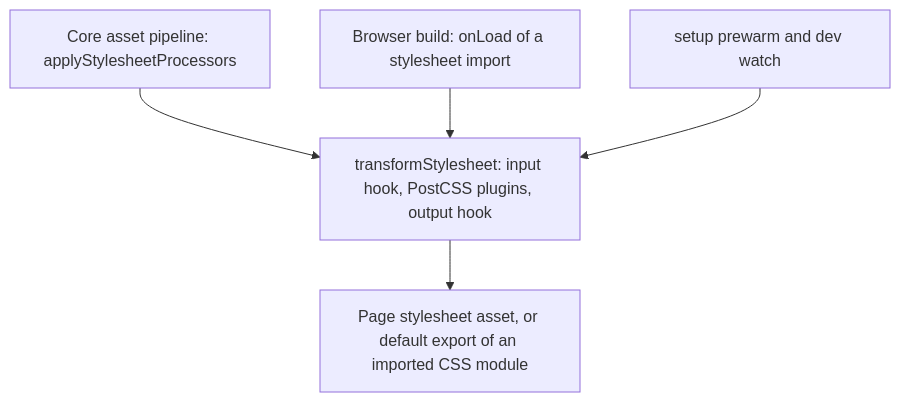
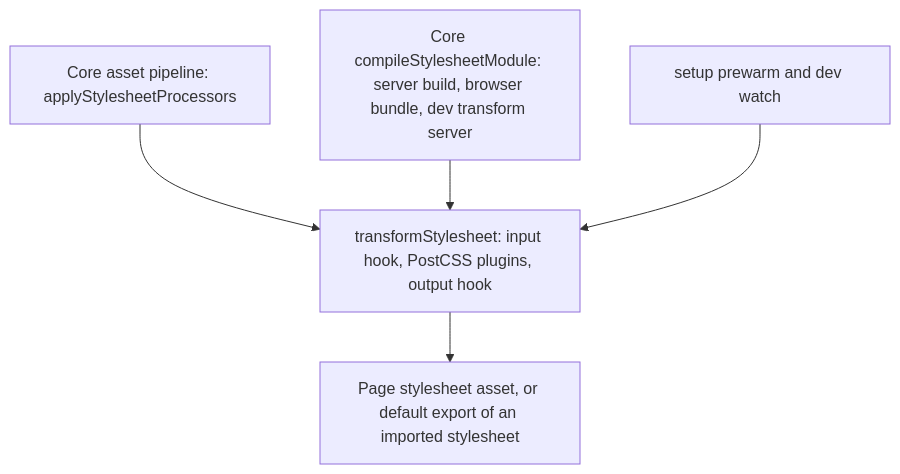
Before and after one commit to ecopages/ecopages: the diagram in apps/docs/src/content/dev/postcss-processor.mdx, drawn with Mermaid. The commit also changed other lines of this file and 27 other files, not shown here.

First line of the commit message:
docs: describe the one stylesheet import contract and exact CSS HMR

````diff
--- a/apps/docs/src/content/dev/postcss-processor.mdx
+++ b/apps/docs/src/content/dev/postcss-processor.mdx
@@ -29,8 +28,8 @@
 ```mermaid
 flowchart TD
   T["transformStylesheet: input hook, PostCSS plugins, output hook"]
   A["Core asset pipeline: applyStylesheetProcessors"] --> T
-  B["Browser build: onLoad of a stylesheet import"] --> T
+  B["Core compileStylesheetModule: server build, browser bundle, dev transform server"] --> T
   C["setup prewarm and dev watch"] --> T
-  T --> D["Page stylesheet asset, or default export of an imported CSS module"]
+  T --> D["Page stylesheet asset, or default export of an imported stylesheet"]
 ```
````
